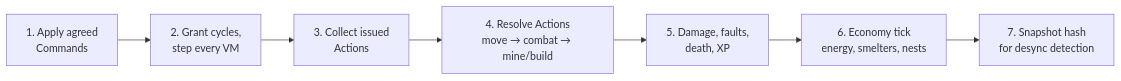
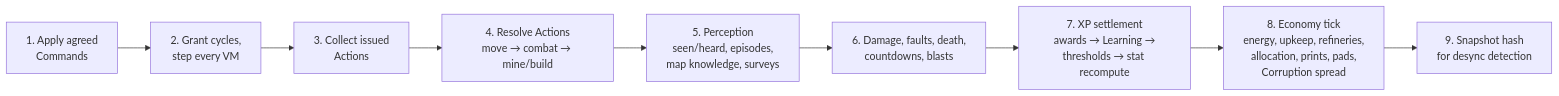
One commit to mmmtastymmm/programming-game-planned changed the second of 2 diagrams in docs/07-architecture.md. Above: the diagram before and after it, drawn with Mermaid. The commit also changed other lines of this file and 6 other files, not shown here.

Commit message:
Update progression documentation: clarified blueprint definitions in Terraforming, added perception and XP phases to architecture, refined terrain and quirk thresholds, and aligned edge cases with resolved audit findings (Q79–Q85).

````diff
--- a/docs/07-architecture.md
+++ b/docs/07-architecture.md
@@ -40,9 +40,11 @@
 ```mermaid
 flowchart LR
     A[1. Apply agreed<br/>Commands] --> B[2. Grant cycles,<br/>step every VM]
     B --> C[3. Collect issued<br/>Actions]
     C --> D[4. Resolve Actions<br/>move → combat → mine/build]
-    D --> E[5. Damage, faults,<br/>death, XP]
-    E --> F[6. Economy tick<br/>energy, smelters, nests]
-    F --> G[7. Snapshot hash<br/>for desync detection]
+    D --> P[5. Perception<br/>seen/heard, episodes,<br/>map knowledge, surveys]
+    P --> E[6. Damage, faults, death,<br/>countdowns, blasts]
+    E --> X[7. XP settlement<br/>awards → Learning →<br/>thresholds → stat recompute]
+    X --> F[8. Economy tick<br/>energy, upkeep, refineries,<br/>allocation, prints, pads,<br/>Corruption spread]
+    F --> G[9. Snapshot hash<br/>for desync detection]
 ```
````
